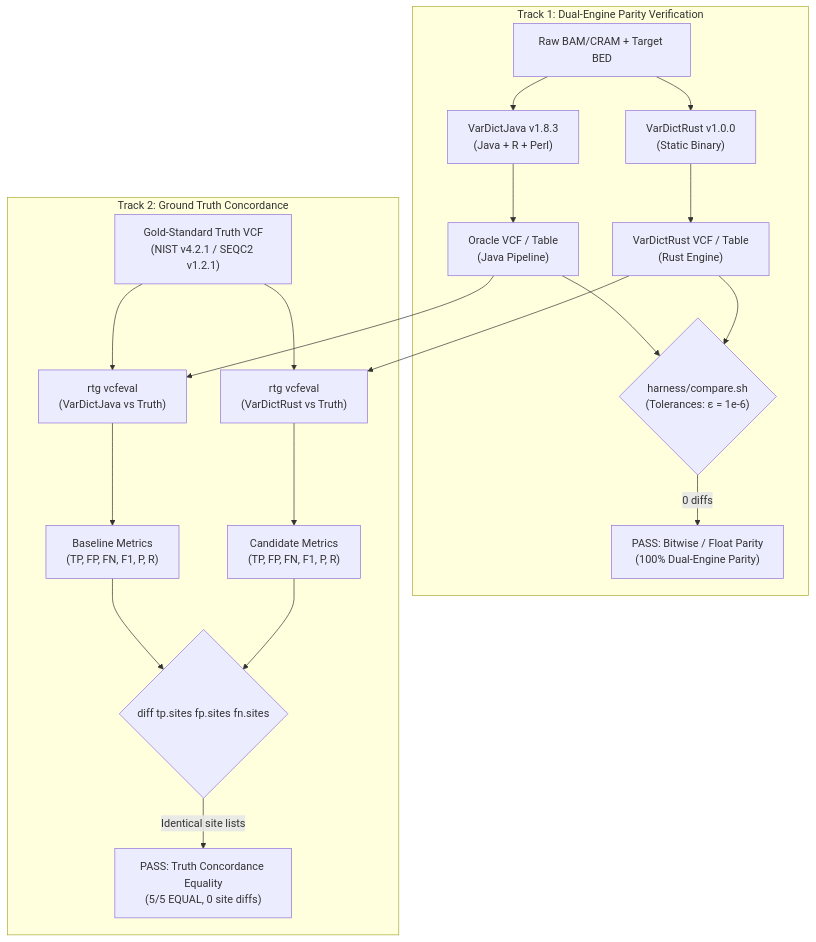
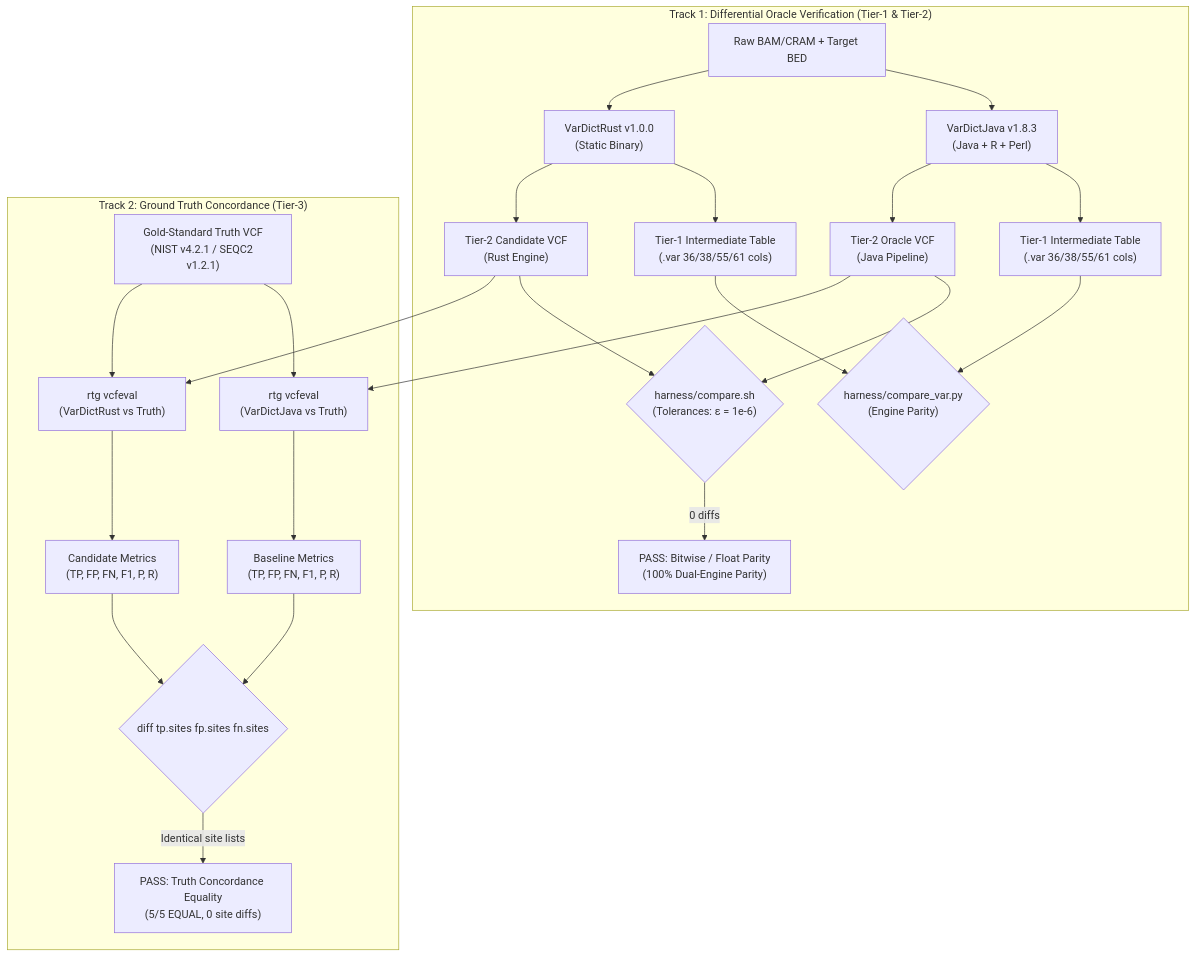
The diagram in docs/validation/omnibus-empirical-validation.md (palakpsheth/VarDictRust), drawn with Mermaid before and after one commit. The commit also changed other lines of this file and 22 other files, not shown here.

````diff
--- a/docs/validation/omnibus-empirical-validation.md
+++ b/docs/validation/omnibus-empirical-validation.md
@@ -50,24 +57,27 @@
 ```mermaid
 flowchart TD
-    subgraph Track1 ["Track 1: Dual-Engine Parity Verification"]
+    subgraph Track1 ["Track 1: Differential Oracle Verification (Tier-1 & Tier-2)"]
         D1["Raw BAM/CRAM + Target BED"] --> VDJ["VarDictJava v1.8.3\n(Java + R + Perl)"]
         D1 --> VDR["VarDictRust v1.0.0\n(Static Binary)"]
-        VDJ --> VCF_J["Oracle VCF / Table\n(Java Pipeline)"]
-        VDR --> VCF_R["VarDictRust VCF / Table\n(Rust Engine)"]
+        VDJ --> VAR_J["Tier-1 Intermediate Table\n(.var 36/38/55/61 cols)"]
+        VDR --> VAR_R["Tier-1 Intermediate Table\n(.var 36/38/55/61 cols)"]
+        VAR_J & VAR_R --> CMP_VAR{"harness/compare_var.py\n(Engine Parity)"}
+        VDJ --> VCF_J["Tier-2 Oracle VCF\n(Java Pipeline)"]
+        VDR --> VCF_R["Tier-2 Candidate VCF\n(Rust Engine)"]
         VCF_J --> CMP{"harness/compare.sh\n(Tolerances: ε = 1e-6)"}
         VCF_R --> CMP
         CMP -->|0 diffs| MATCH["PASS: Bitwise / Float Parity\n(100% Dual-Engine Parity)"]
     end
 
-    subgraph Track2 ["Track 2: Ground Truth Concordance"]
+    subgraph Track2 ["Track 2: Ground Truth Concordance (Tier-3)"]
         VCF_J --> RTG1["rtg vcfeval\n(VarDictJava vs Truth)"]
         VCF_R --> RTG2["rtg vcfeval\n(VarDictRust vs Truth)"]
         TRUTH["Gold-Standard Truth VCF\n(NIST v4.2.1 / SEQC2 v1.2.1)"] --> RTG1
         TRUTH --> RTG2
         RTG1 --> MET_J["Baseline Metrics\n(TP, FP, FN, F1, P, R)"]
         RTG2 --> MET_R["Candidate Metrics\n(TP, FP, FN, F1, P, R)"]
         MET_J --> DIFF{"diff tp.sites fp.sites fn.sites"}
         MET_R --> DIFF
         DIFF -->|Identical site lists| EQUAL["PASS: Truth Concordance Equality\n(5/5 EQUAL, 0 site diffs)"]
     end
 ```
````
